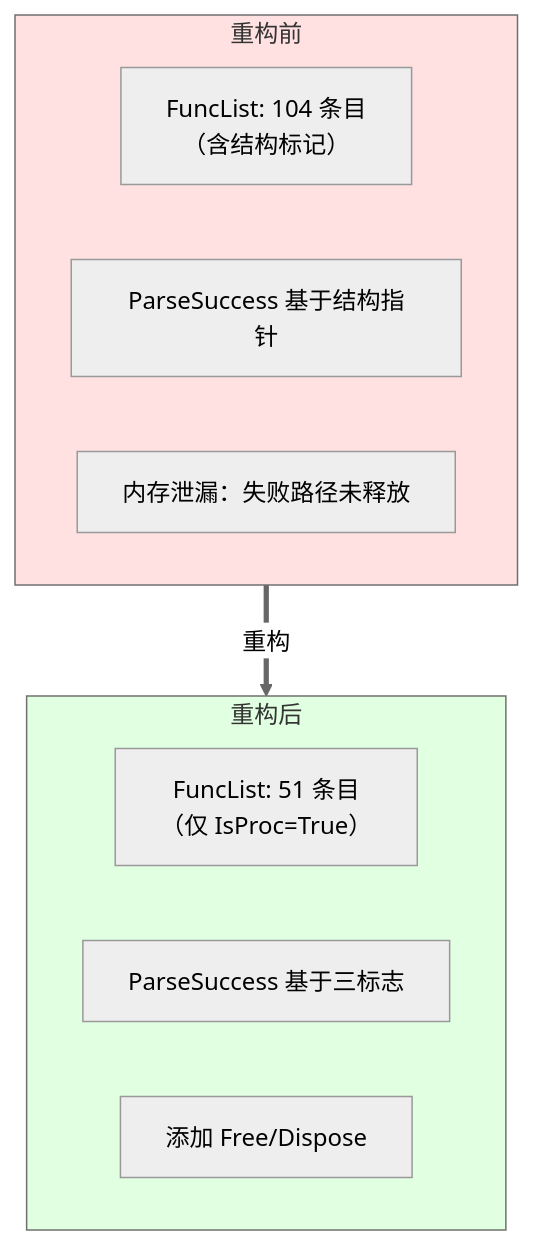
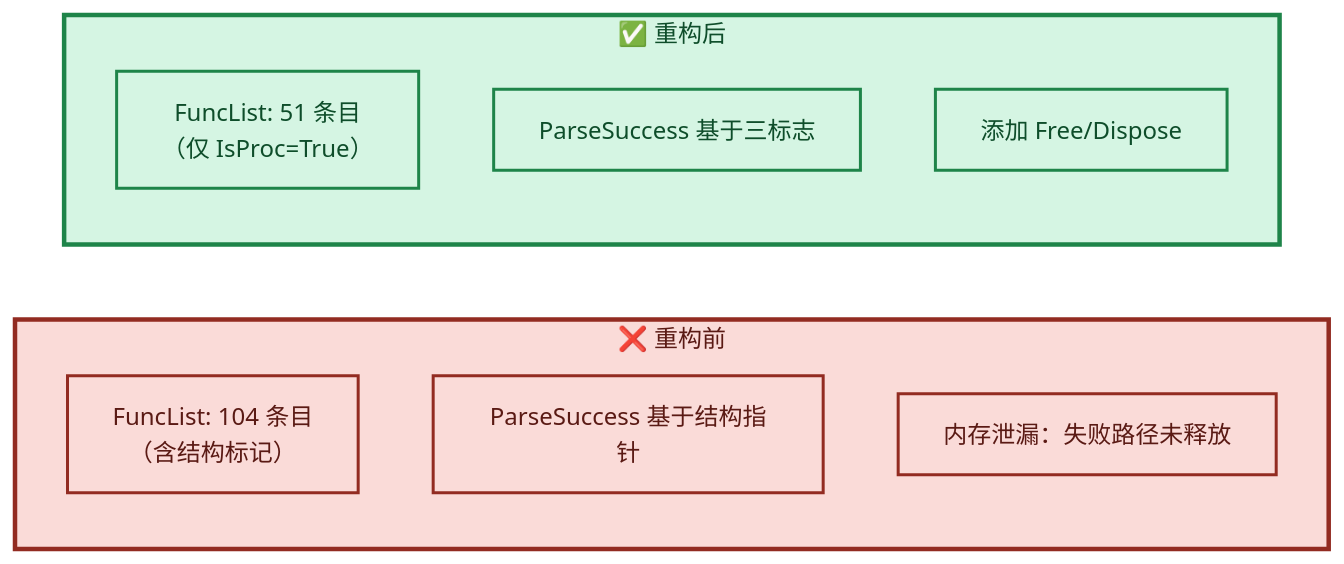
The tenth of 16 diagrams in LingoFuse_Python_Binding_Migration_Record.md (PassByYou888/LingoFuse-pasAgent), drawn with Mermaid (neutral theme) before and after one commit. The commit also changed other lines of this file, not shown here.

````diff
--- a/LingoFuse_Python_Binding_Migration_Record.md
+++ b/LingoFuse_Python_Binding_Migration_Record.md
@@ -315,19 +334,23 @@
 ```mermaid
-graph TB
-    subgraph Before["重构前"]
+flowchart LR
+    subgraph BEFORE["❌ 重构前"]
         B1["FuncList: 104 条目<br/>（含结构标记）"]
         B2["ParseSuccess 基于结构指针"]
         B3["内存泄漏：失败路径未释放"]
     end
 
-    subgraph After["重构后"]
+    subgraph AFTER["✅ 重构后"]
         A1["FuncList: 51 条目<br/>（仅 IsProc=True）"]
         A2["ParseSuccess 基于三标志"]
         A3["添加 Free/Dispose"]
     end
 
-    Before ==>|重构| After
-
-    style Before fill:#ffe1e1
-    style After fill:#e1ffe1
+    style BEFORE fill:#FADBD8,stroke:#922B21,stroke-width:3px,color:#5A1A14
+    style AFTER fill:#D5F5E3,stroke:#1E8449,stroke-width:3px,color:#0E4D2A
+    style B1 fill:#FADBD8,stroke:#922B21,stroke-width:2px,color:#5A1A14
+    style B2 fill:#FADBD8,stroke:#922B21,stroke-width:2px,color:#5A1A14
+    style B3 fill:#FADBD8,stroke:#922B21,stroke-width:2px,color:#5A1A14
+    style A1 fill:#D5F5E3,stroke:#1E8449,stroke-width:2px,color:#0E4D2A
+    style A2 fill:#D5F5E3,stroke:#1E8449,stroke-width:2px,color:#0E4D2A
+    style A3 fill:#D5F5E3,stroke:#1E8449,stroke-width:2px,color:#0E4D2A
 ```
````
